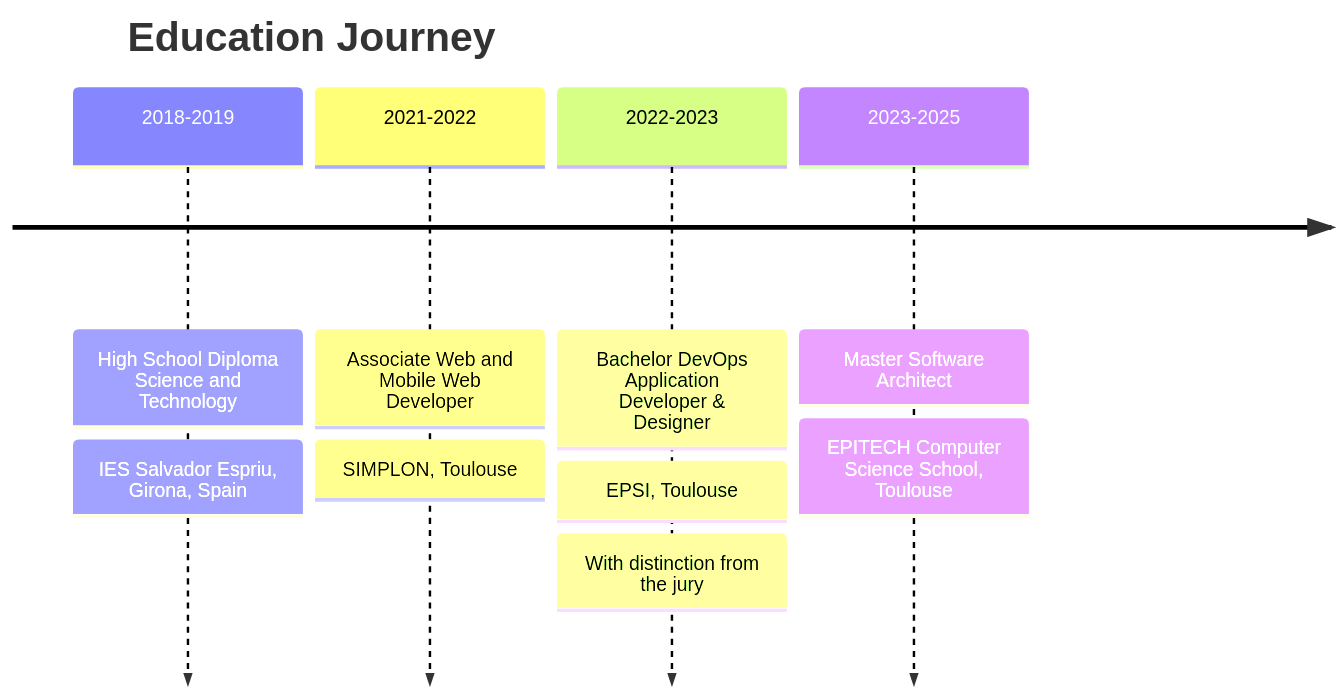
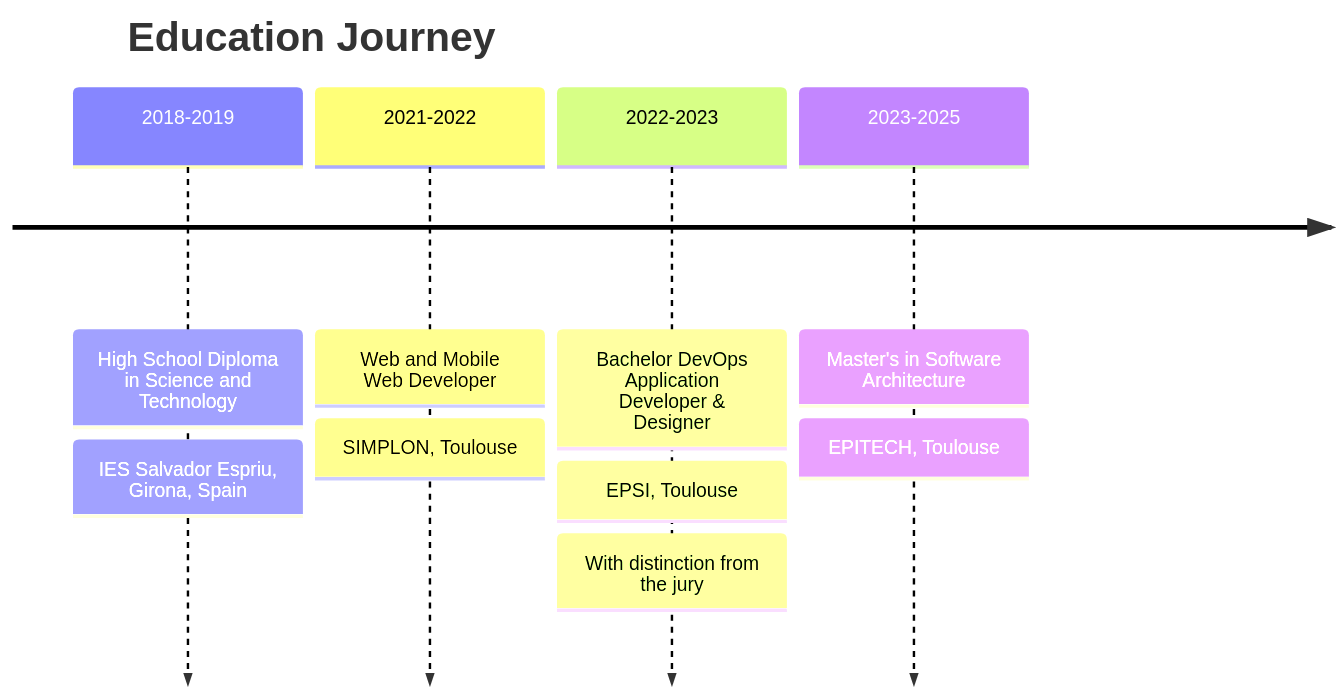
One commit to soymustamahti/soymustamahti changed the first of 2 diagrams in README.md. Above: the diagram before and after it, drawn with Mermaid. The commit also changed other lines of this file, not shown here.

````diff
--- a/README.md
+++ b/README.md
@@ -168,13 +191,13 @@
 ```mermaid
 timeline
     title Education Journey
-    2018-2019 : High School Diploma Science and Technology
+    2018-2019 : High School Diploma in Science and Technology
              : IES Salvador Espriu, Girona, Spain
-    2021-2022 : Associate Web and Mobile Web Developer
+    2021-2022 : Web and Mobile Web Developer
              : SIMPLON, Toulouse
     2022-2023 : Bachelor DevOps Application Developer & Designer
              : EPSI, Toulouse
              : With distinction from the jury
-    2023-2025 : Master Software Architect
-             : EPITECH Computer Science School, Toulouse
+    2023-2025 : Master's in Software Architecture
+             : EPITECH, Toulouse
 ```
````
